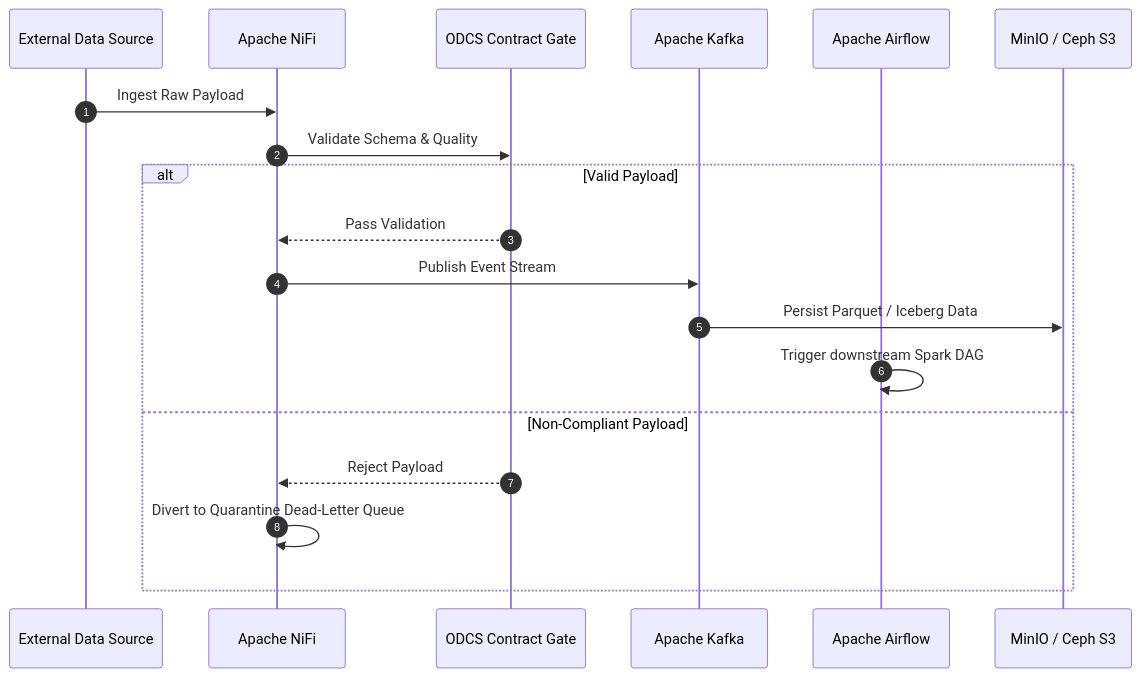
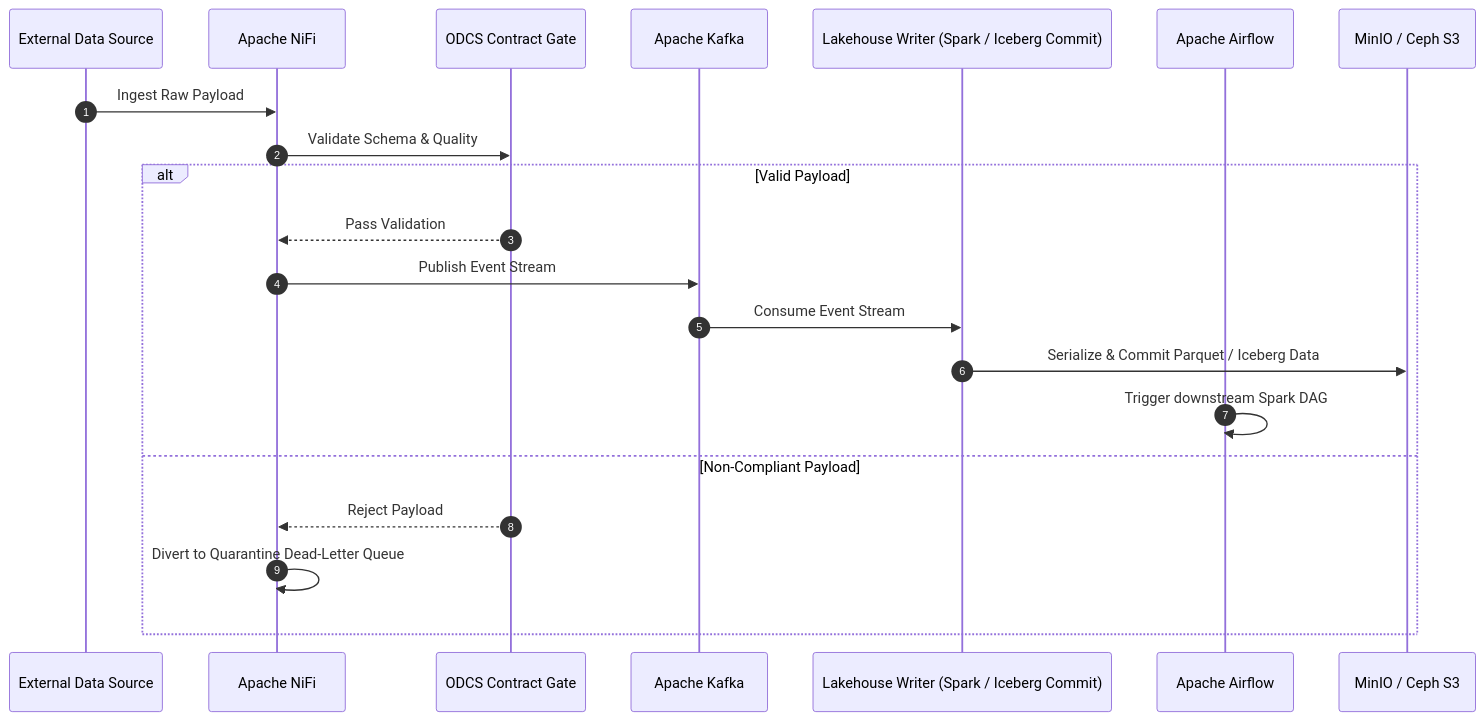
The diagram in openwiki/software/ingestion-and-orchestration.md (linuxmalaysia/bda-ai-infra), drawn with Mermaid before and after one commit. The commit also changed other lines of this file and 16 other files, not shown here.

````diff
--- a/openwiki/software/ingestion-and-orchestration.md
+++ b/openwiki/software/ingestion-and-orchestration.md
@@ -15,22 +15,24 @@
 ```mermaid
 sequenceDiagram
     autonumber
     participant Ext as External Data Source
     participant NiFi as Apache NiFi
     participant ODCS as ODCS Contract Gate
     participant Kafka as Apache Kafka
+    participant Writer as Lakehouse Writer (Spark / Iceberg Commit)
     participant Airflow as Apache Airflow
     participant S3 as MinIO / Ceph S3
 
     Ext->>NiFi: Ingest Raw Payload
     NiFi->>ODCS: Validate Schema & Quality
     alt Valid Payload
         ODCS-->>NiFi: Pass Validation
         NiFi->>Kafka: Publish Event Stream
-        Kafka->>S3: Persist Parquet / Iceberg Data
+        Kafka->>Writer: Consume Event Stream
+        Writer->>S3: Serialize & Commit Parquet / Iceberg Data
         Airflow->>Airflow: Trigger downstream Spark DAG
     else Non-Compliant Payload
         ODCS-->>NiFi: Reject Payload
         NiFi->>NiFi: Divert to Quarantine Dead-Letter Queue
     end
 ```
````
